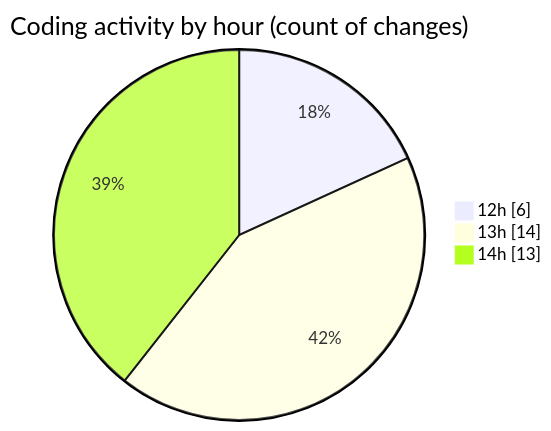
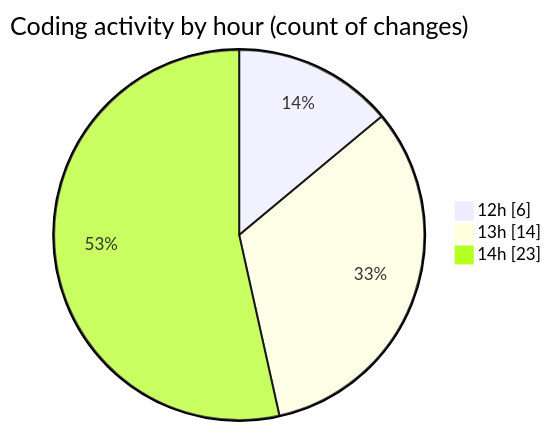
The second of 2 diagrams in 2025-02-09/cda/README.md (momahboobian/code-tracking), drawn with Mermaid before and after one commit. The commit also changed other lines of this file and 1 other file, not shown here.

````diff
--- a/2025-02-09/cda/README.md
+++ b/2025-02-09/cda/README.md
@@ -37,7 +37,7 @@
 ```mermaid
 pie showData
 title Coding activity by hour (count of changes)
 "12h" : 6
 "13h" : 14
-"14h" : 13
+"14h" : 23
 ```
````
